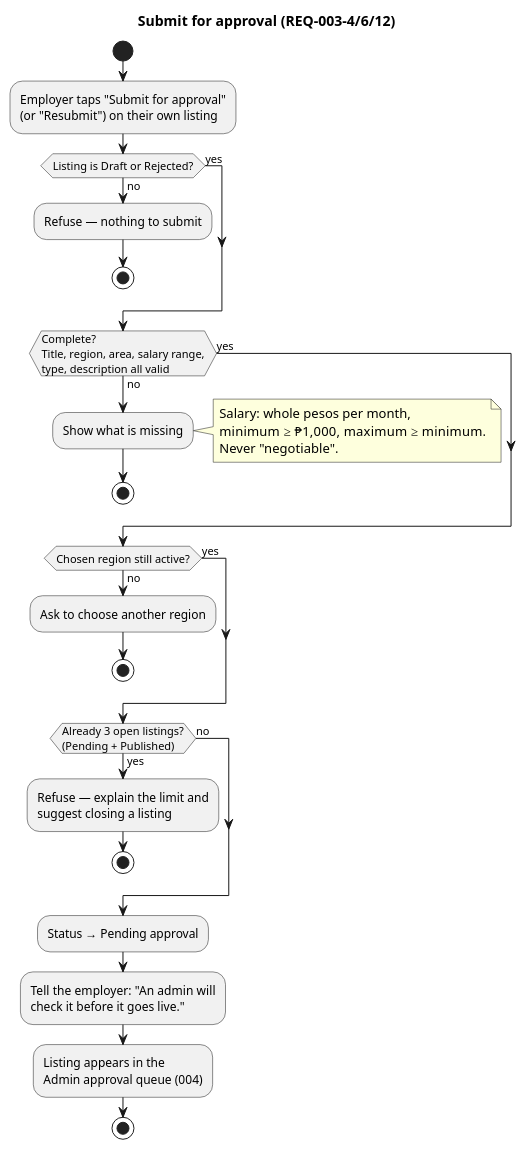
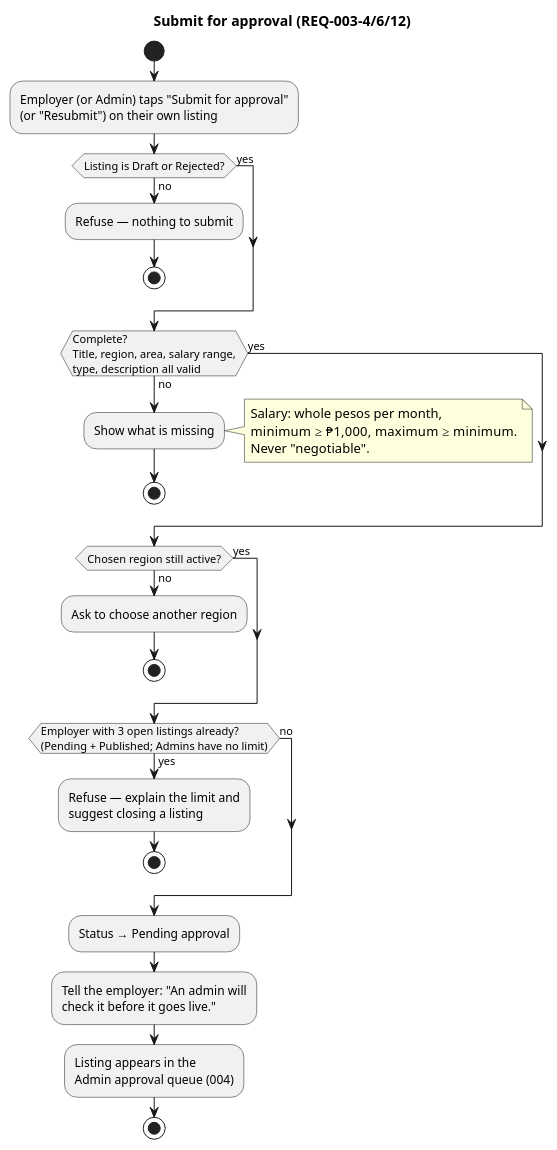
The diagram in docs/specs/003-listings-employer-posting/diagrams/activity-submit-for-approval.puml (raseniero/jairojobs-elixir), drawn with PlantUML before and after one commit. The commit also changed 7 other files, not shown here.

Commit message:
docs(spec 003): resolve open questions, admins can post, approve

```diff
--- a/docs/specs/003-listings-employer-posting/diagrams/activity-submit-for-approval.puml
+++ b/docs/specs/003-listings-employer-posting/diagrams/activity-submit-for-approval.puml
@@ -1,40 +1,40 @@
 @startuml activity-submit-for-approval
 ' Spec 003 — what a complete listing is, submitting, the free-tier limit (REQ-003-4, -6, -12)
 title Submit for approval (REQ-003-4/6/12)
 
 start
-:Employer taps "Submit for approval"
+:Employer (or Admin) taps "Submit for approval"
 (or "Resubmit") on their own listing;
 if (Listing is Draft or Rejected?) then (no)
   :Refuse — nothing to submit;
   stop
 else (yes)
 endif
 if (Complete?\nTitle, region, area, salary range,\ntype, description all valid) then (no)
   :Show what is missing;
   note right
     Salary: whole pesos per month,
     minimum ≥ ₱1,000, maximum ≥ minimum.
     Never "negotiable".
   end note
   stop
 else (yes)
 endif
 if (Chosen region still active?) then (no)
   :Ask to choose another region;
   stop
 else (yes)
 endif
-if (Already 3 open listings?\n(Pending + Published)) then (yes)
+if (Employer with 3 open listings already?\n(Pending + Published; Admins have no limit)) then (yes)
   :Refuse — explain the limit and
   suggest closing a listing;
   stop
 else (no)
 endif
 :Status → Pending approval;
 :Tell the employer: "An admin will
 check it before it goes live.";
 :Listing appears in the
 Admin approval queue (004);
 stop
 @enduml
```
